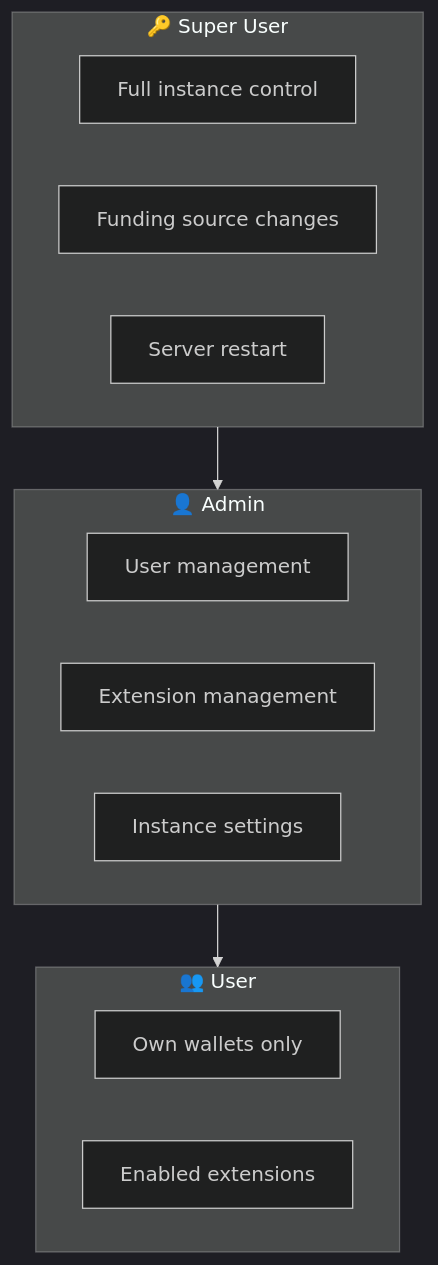
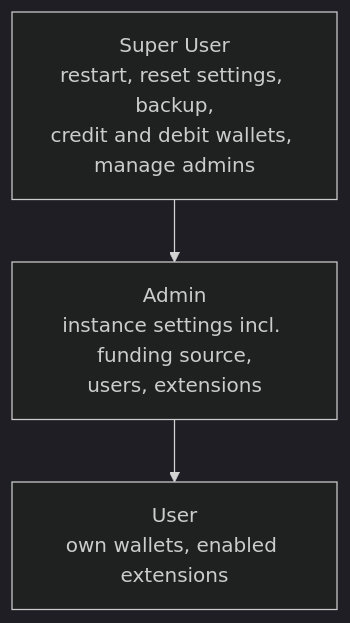
One commit to lndocs/lndocs.github.io changed the third of 3 diagrams in docs/architecture/overview.md. Above: the diagram before and after it, drawn with Mermaid (dark theme). The commit also changed other lines of this file and 22 other files, not shown here.

First line of the commit message:
Rewrite architecture, guides, development, FAQ and resources for v1.6.2 (#5)

````diff
--- a/docs/architecture/overview.md
+++ b/docs/architecture/overview.md
@@ -213,21 +188,8 @@
 ```mermaid
 flowchart TB
-    subgraph SuperUser["🔑 Super User"]
-        SU1["Full instance control"]
-        SU2["Funding source changes"]
-        SU3["Server restart"]
-    end
+    SU["Super User<br/>restart, reset settings, backup,<br/>credit and debit wallets, manage admins"]
+    AD["Admin<br/>instance settings incl. funding source,<br/>users, extensions"]
+    US["User<br/>own wallets, enabled extensions"]
 
-    subgraph Admin["👤 Admin"]
-        A1["User management"]
-        A2["Extension management"]
-        A3["Instance settings"]
-    end
-
-    subgraph User["👥 User"]
-        U1["Own wallets only"]
-        U2["Enabled extensions"]
-    end
-
-    SuperUser --> Admin --> User
+    SU --> AD --> US
 ```
````
